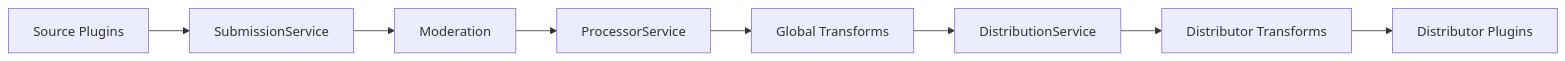
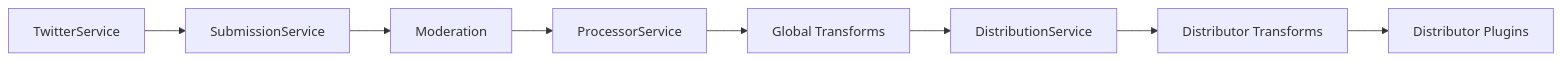
Before and after one commit to elliotBraem/efizzybot: the second of 4 diagrams in memory-bank/systemPatterns.md, drawn with Mermaid. The commit also changed other lines of this file and 13 other files, not shown here.

````diff
--- a/memory-bank/systemPatterns.md
+++ b/memory-bank/systemPatterns.md
@@ -85,10 +88,10 @@
 ```mermaid
 graph LR
-    Sources[Source Plugins] --> Submission[SubmissionService]
+    Twitter[TwitterService] --> Submission[SubmissionService]
     Submission --> Moderation[Moderation]
     Moderation --> Processor[ProcessorService]
     Processor --> GlobalTransform[Global Transforms]
     GlobalTransform --> Distribution[DistributionService]
     Distribution --> DistTransform[Distributor Transforms]
     DistTransform --> Distributors[Distributor Plugins]
 ```
````
